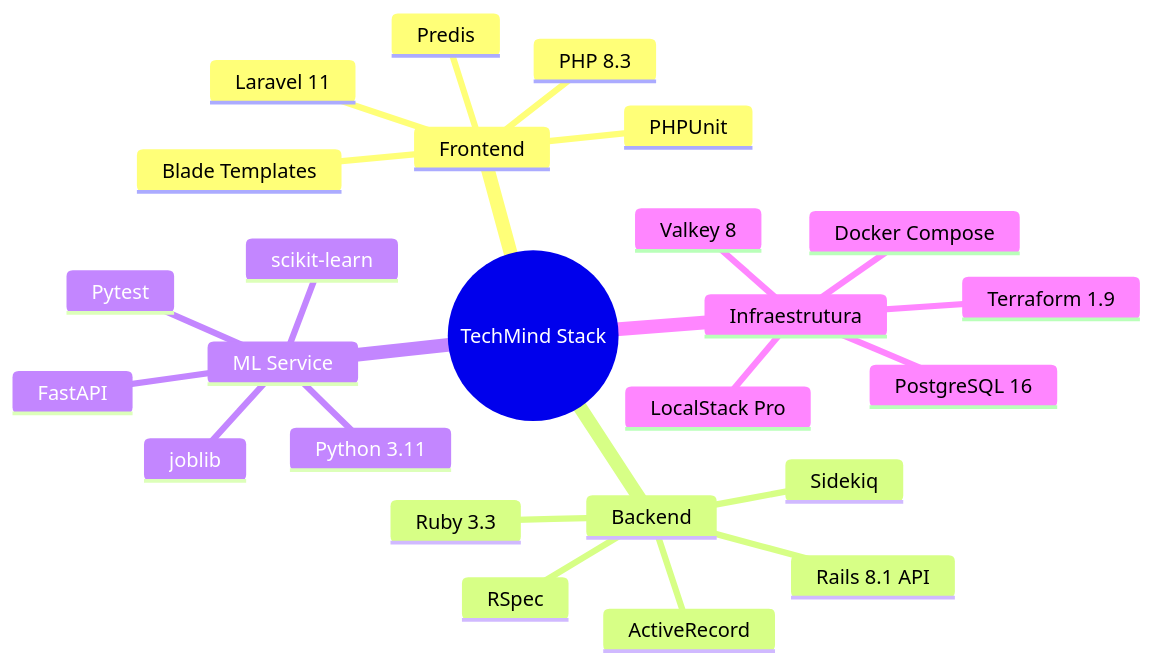
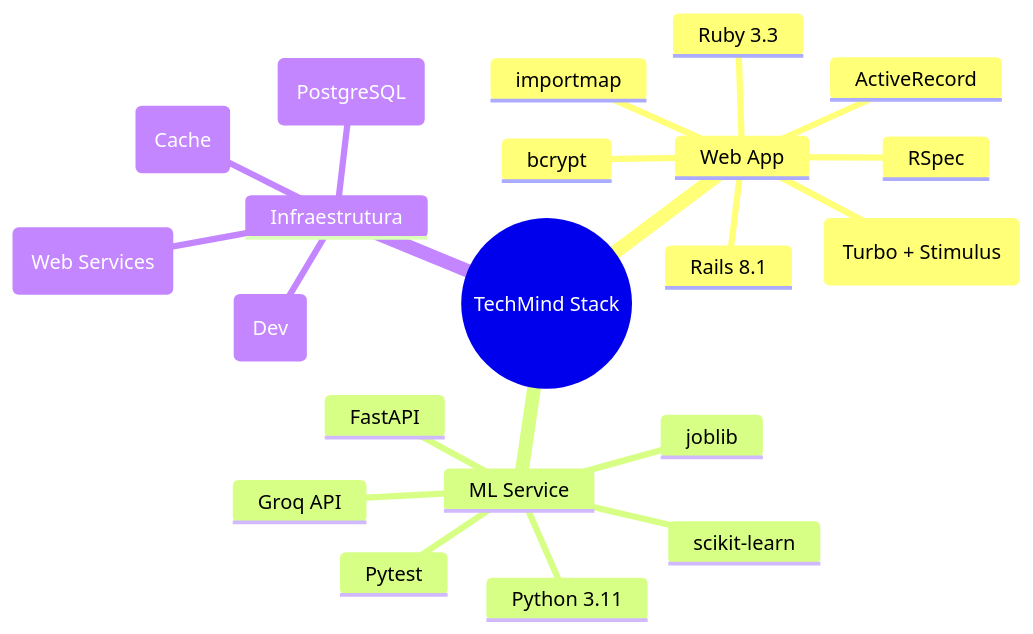
One commit to DessimA/tech-mind changed the diagram in docs/05-stacks-e-justificativas.md. Above: the diagram before and after it, drawn with Mermaid. The commit also changed other lines of this file and 115 other files, not shown here.

Commit message:
refactor(web): namespace Web:: and Api:: to separate frontend/backend layers

````diff
--- a/docs/05-stacks-e-justificativas.md
+++ b/docs/05-stacks-e-justificativas.md
@@ -3,28 +3,24 @@
 ```mermaid
 mindmap
   root((TechMind Stack))
-    Frontend
-      PHP 8.3
-      Laravel 11
-      Blade Templates
-      PHPUnit
-      Predis
-    Backend
+    Web App
       Ruby 3.3
-      Rails 8.1 API
-      Sidekiq
+      Rails 8.1
+      Hotwire (Turbo + Stimulus)
+      importmap
       RSpec
       ActiveRecord
+      bcrypt
     ML Service
       Python 3.11
       FastAPI
       scikit-learn
       joblib
+      Groq API
       Pytest
     Infraestrutura
-      Terraform 1.9
-      LocalStack Pro
-      Docker Compose
-      Valkey 8
-      PostgreSQL 16
+      Render (Web Services)
+      Supabase (PostgreSQL)
+      Redis Cloud (Cache)
+      Docker Compose (Dev)
 ```
````
